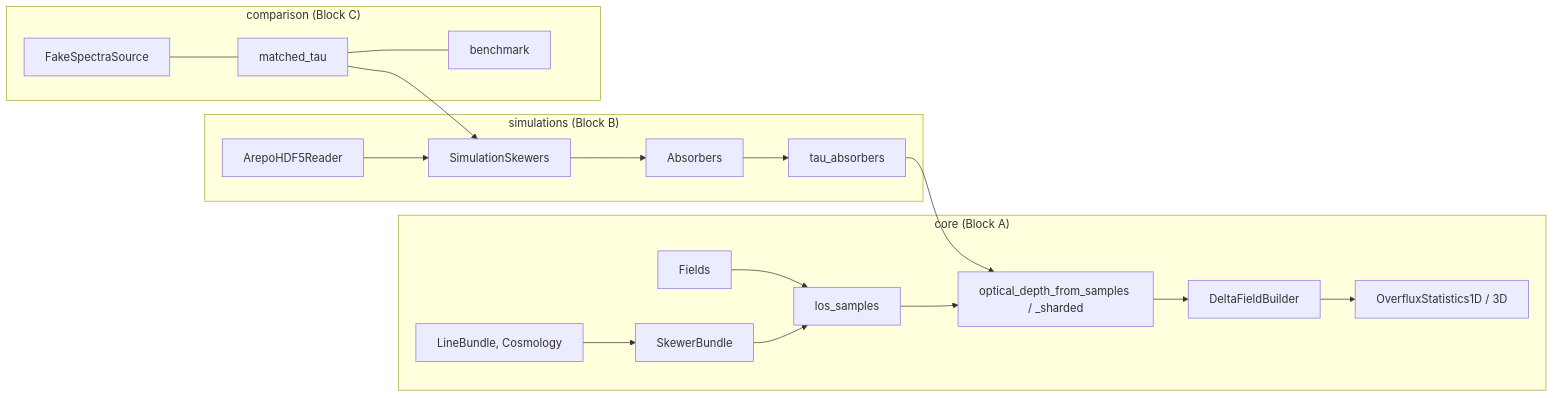
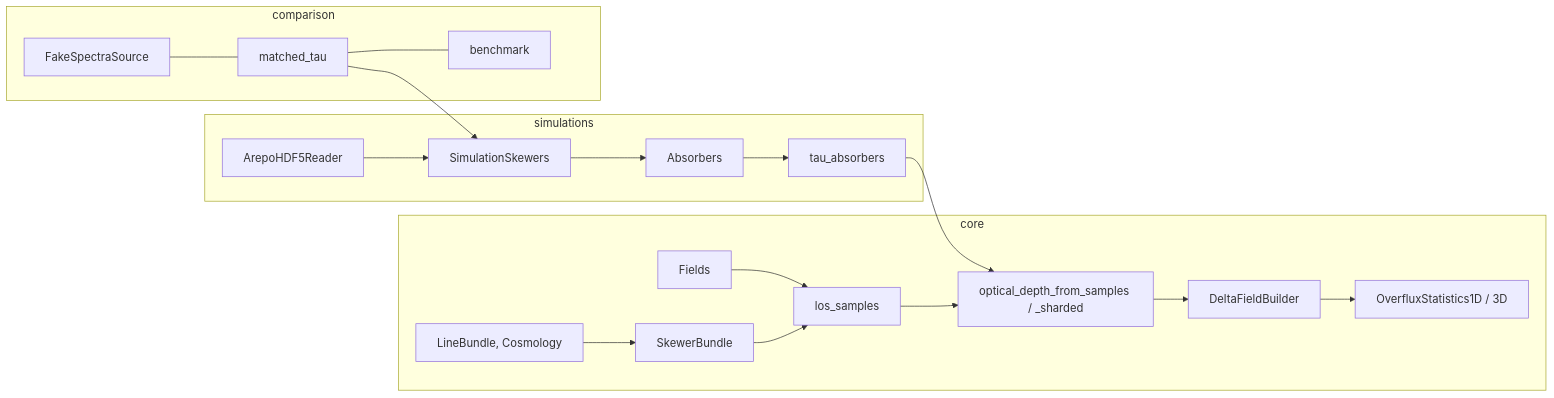
Before and after one commit to daniellopezcano/SkewerJAX: the diagram in docs/usage.md, drawn with Mermaid. The commit also changed other lines of this file and 19 other files, not shown here.

Commit message:
Notebook restructure, dependency diagrams, dark colourblind style

````diff
--- a/docs/usage.md
+++ b/docs/usage.md
@@ -7,18 +7,18 @@
 ```mermaid
 flowchart LR
-    subgraph A["core (Block A)"]
+    subgraph A["core"]
         L[LineBundle, Cosmology] --> S[SkewerBundle]
         S --> LS[los_samples]
         F[Fields] --> LS
         LS --> T["optical_depth_from_samples / _sharded"]
         T --> O[DeltaFieldBuilder] --> ST[OverfluxStatistics1D / 3D]
     end
-    subgraph B["simulations (Block B)"]
+    subgraph B["simulations"]
         R[ArepoHDF5Reader] --> SS[SimulationSkewers] --> AB[Absorbers] --> TA[tau_absorbers]
     end
-    subgraph C["comparison (Block C)"]
+    subgraph C["comparison"]
         FS[FakeSpectraSource] --- MT[matched_tau] --- BM[benchmark]
     end
     TA --> T
     MT --> SS
 ```
````
